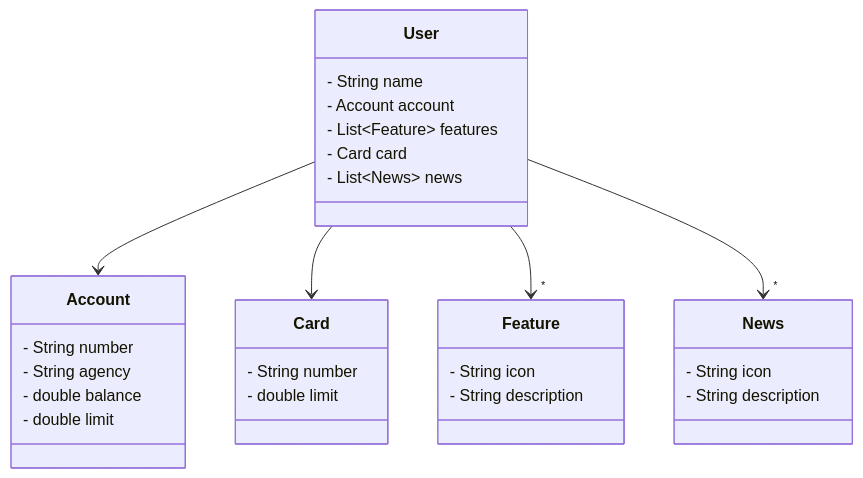
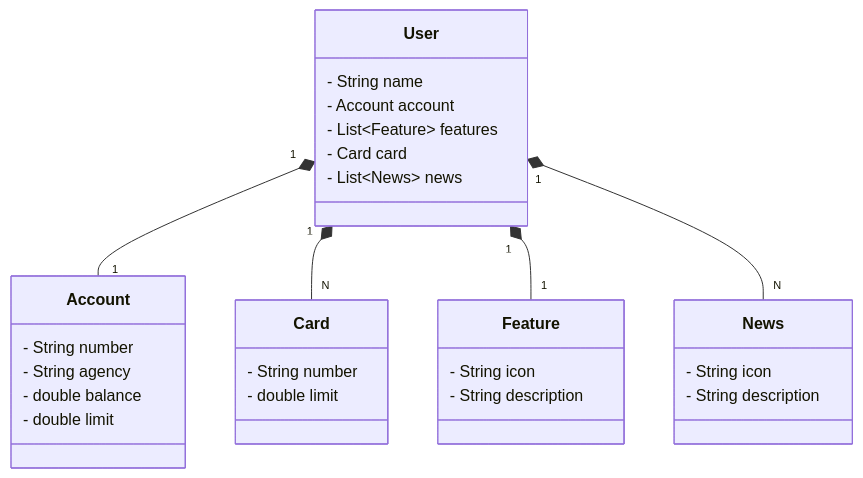
Before and after one commit to AdrianoProfileAdsCloud/Bootcamp-Decola-Tech-Avanade-spring-boot-java-railway: the diagram in README.md, drawn with Mermaid.

Commit message:
Update README.md
doc- Adição de Relacionamento entre as Classes

````diff
--- a/README.md
+++ b/README.md
@@ -13,38 +13,38 @@
 ```mermaid
 
 classDiagram
     class User {
         - String name
         - Account account
         - List~Feature~ features
         - Card card
         - List~News~ news
     }
     
     class Account {
         - String number
         - String agency
         - double balance
         - double limit
     }
     
     class Feature {
         - String icon
         - String description
     }
     
     class Card {
         - String number
         - double limit
     }
     
     class News {
         - String icon
         - String description
     }
     
-    User --> Account
-    User --> Card
-    User --> "*" Feature
-    User --> "*" News
+    User "1" *-- "1" Account
+    User "1" *-- "N" Card
+    User "1" *-- "1" Feature
+    User "1" *-- "N" News
 ```
````
